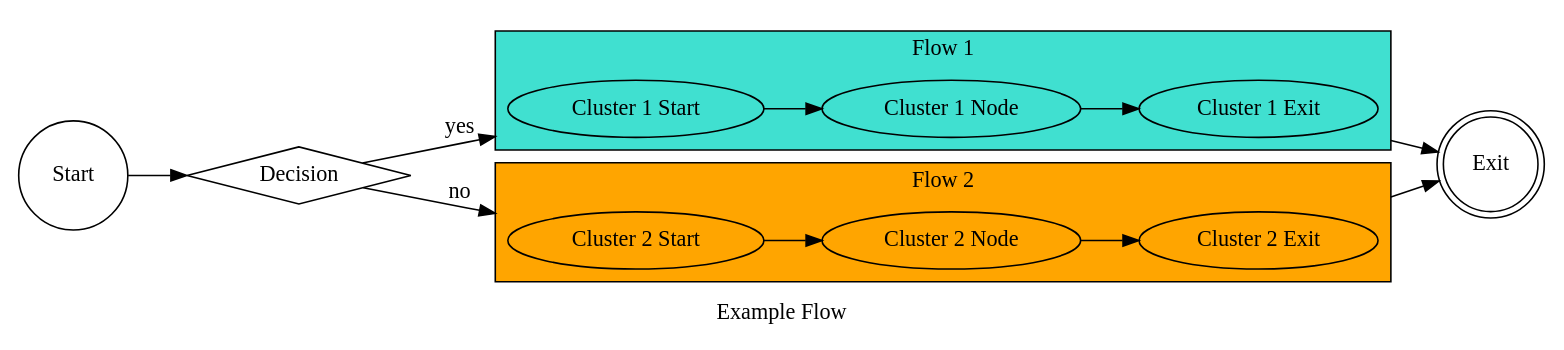
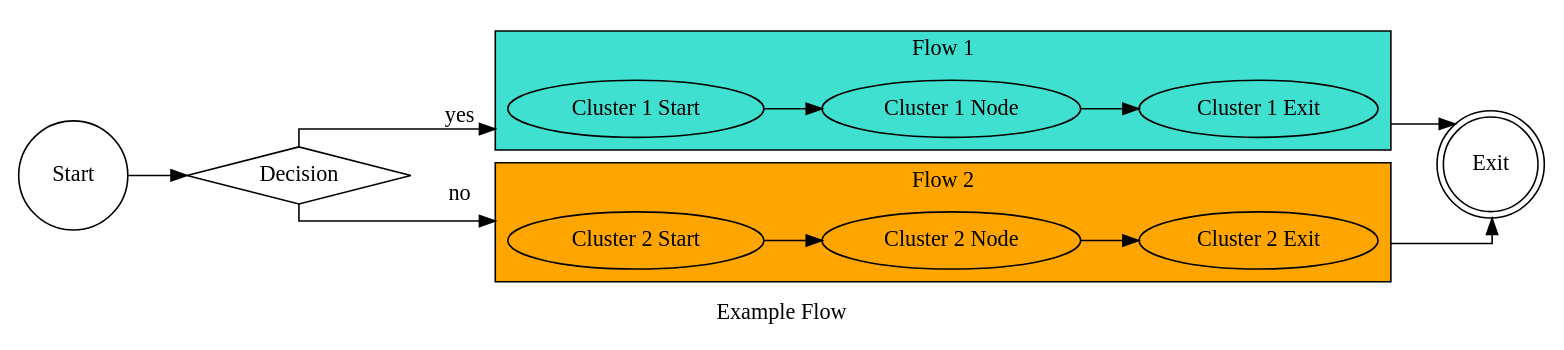
One commit to mariusz-schimke/GiGraph changed the fourth of 26 diagrams in README.md. Above: the diagram before and after it, drawn with Graphviz. The commit also changed other lines of this file and 2 other files, not shown here.

Commit message:
The example with clusters now has the orthogonal edge shapes

````diff
--- a/README.md
+++ b/README.md
@@ -389,34 +390,35 @@
 ```dot
 digraph
 {
     compound = true
     label = "Example Flow"
     rankdir = LR
+    splines = ortho
 
     subgraph "cluster Flow 1"
     {
         bgcolor = turquoise
         label = "Flow 1"
 
         "Cluster 1 Start" -> "Cluster 1 Node" -> "Cluster 1 Exit"
     }
 
     subgraph "cluster Flow 2"
     {
         bgcolor = orange
         label = "Flow 2"
 
         "Cluster 2 Start" -> "Cluster 2 Node" -> "Cluster 2 Exit"
     }
 
     Start [ shape = circle ]
     Decision [ shape = diamond ]
     Exit [ shape = doublecircle ]
 
     Start -> Decision
     Decision -> "Cluster 1 Start" [ label = yes, lhead = "cluster Flow 1" ]
     Decision -> "Cluster 2 Start" [ label = no, lhead = "cluster Flow 2" ]
     "Cluster 1 Exit" -> Exit [ ltail = "cluster Flow 1" ]
     "Cluster 2 Exit" -> Exit [ ltail = "cluster Flow 2" ]
 }
 ```
````
